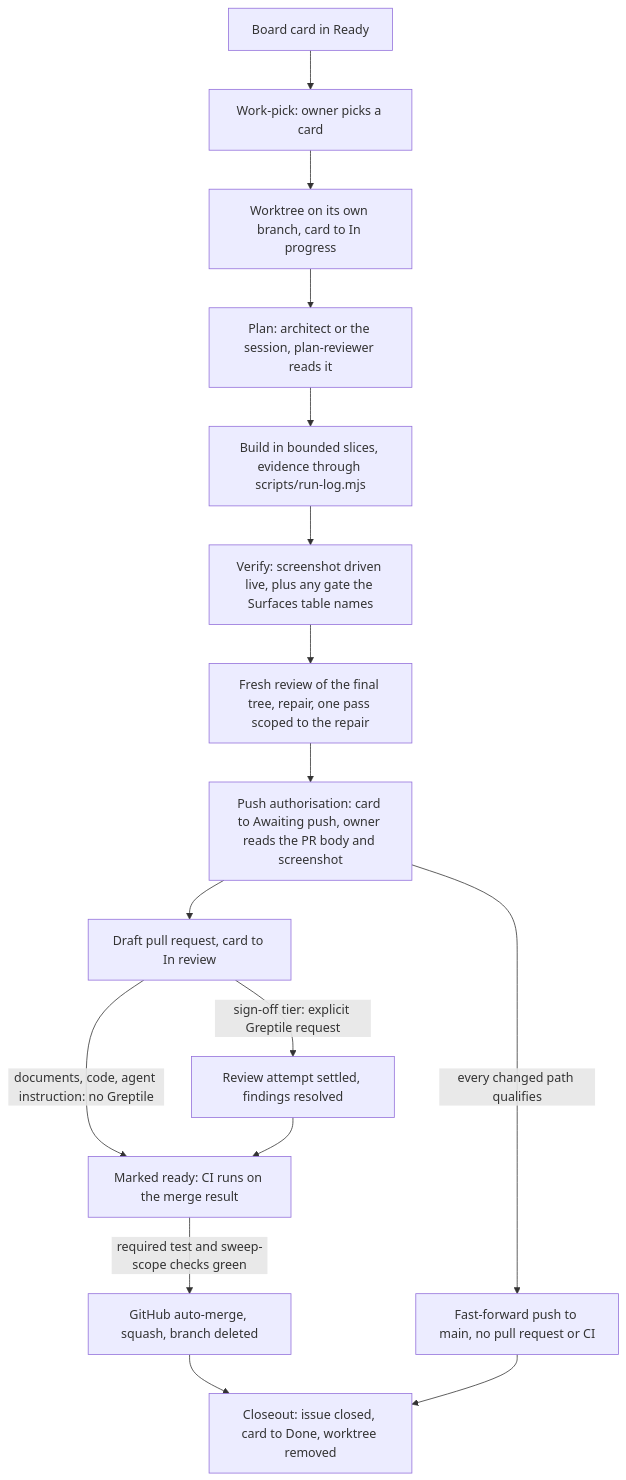
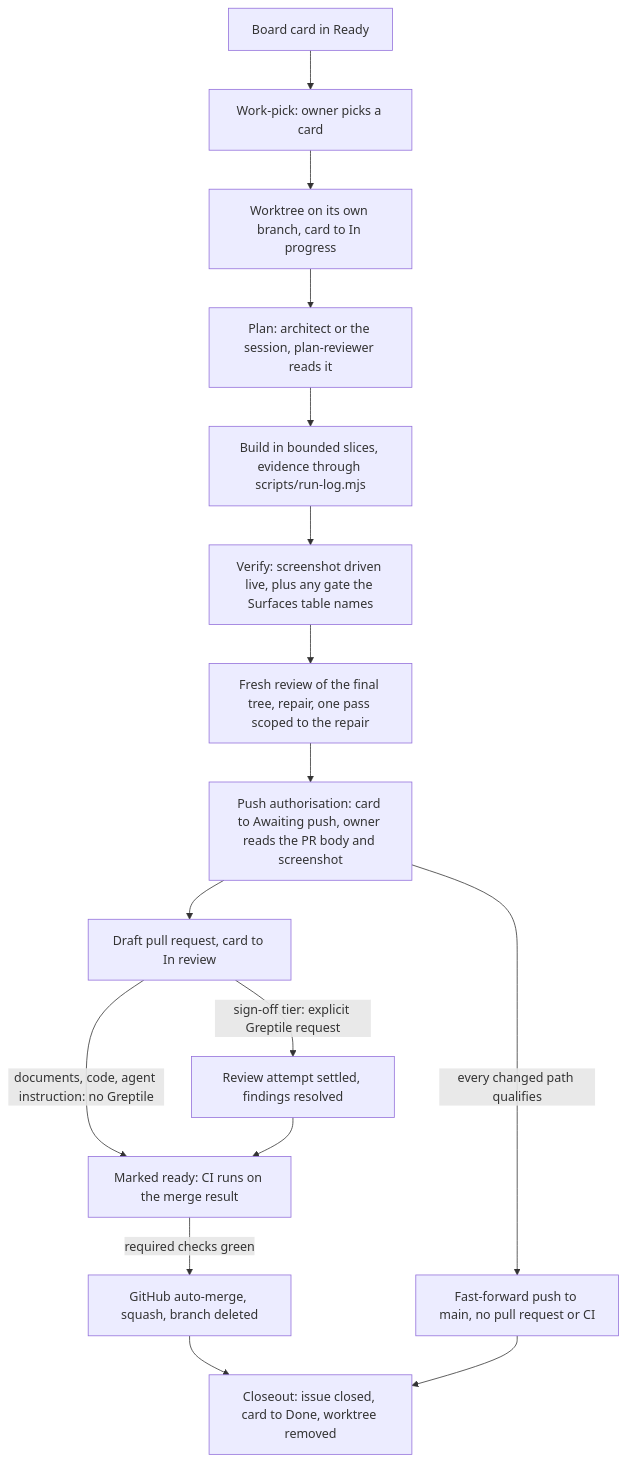
Before and after one commit to zaingulel/RentCottage: the third of 3 diagrams in docs/AI-WORKFLOW.md, drawn with Mermaid. The commit also changed other lines of this file and 21 other files, not shown here.

````diff
--- a/docs/AI-WORKFLOW.md
+++ b/docs/AI-WORKFLOW.md
@@ -153,18 +153,18 @@
 ```mermaid
 flowchart TD
     C[Board card in Ready] --> WP[Work-pick: owner picks a card]
     WP --> WT[Worktree on its own branch, card to In progress]
     WT --> PL[Plan: architect or the session, plan-reviewer reads it]
     PL --> BD[Build in bounded slices, evidence through scripts/run-log.mjs]
     BD --> VR[Verify: screenshot driven live, plus any gate the Surfaces table names]
     VR --> RV[Fresh review of the final tree, repair, one pass scoped to the repair]
     RV --> PA[Push authorisation: card to Awaiting push, owner reads the PR body and screenshot]
     PA --> DR[Draft pull request, card to In review]
     PA -->|every changed path qualifies| FF[Fast-forward push to main, no pull request or CI]
     DR -->|documents, code, agent instruction: no Greptile| RD[Marked ready: CI runs on the merge result]
     DR -->|sign-off tier: explicit Greptile request| GR[Review attempt settled, findings resolved]
     GR --> RD
-    RD -->|required test and sweep-scope checks green| MG[GitHub auto-merge, squash, branch deleted]
+    RD -->|required checks green| MG[GitHub auto-merge, squash, branch deleted]
     MG --> CO[Closeout: issue closed, card to Done, worktree removed]
     FF --> CO
 ```
````
